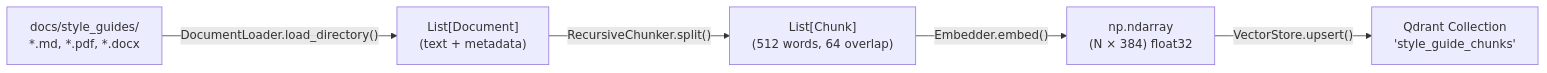
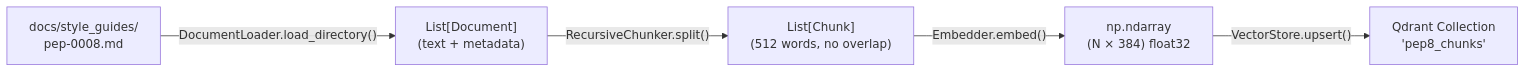
Before and after one commit to tpsimo-pro/RAG-CI-CD: the second of 8 diagrams in arquitetura.md, drawn with Mermaid. The commit also changed other lines of this file and 16 other files, not shown here.

````diff
--- a/arquitetura.md
+++ b/arquitetura.md
@@ -85,7 +85,7 @@
 ```mermaid
 flowchart LR
-    A["docs/style_guides/<br/>*.md, *.pdf, *.docx"] -->|"DocumentLoader.load_directory()"| B["List[Document]<br/>(text + metadata)"]
-    B -->|"RecursiveChunker.split()"| C["List[Chunk]<br/>(512 words, 64 overlap)"]
+    A["docs/style_guides/<br/>pep-0008.md"] -->|"DocumentLoader.load_directory()"| B["List[Document]<br/>(text + metadata)"]
+    B -->|"RecursiveChunker.split()"| C["List[Chunk]<br/>(512 words, no overlap)"]
     C -->|"Embedder.embed()"| D["np.ndarray<br/>(N × 384) float32"]
-    D -->|"VectorStore.upsert()"| E["Qdrant Collection<br/>'style_guide_chunks'"]
+    D -->|"VectorStore.upsert()"| E["Qdrant Collection<br/>'pep8_chunks'"]
 ```
````
